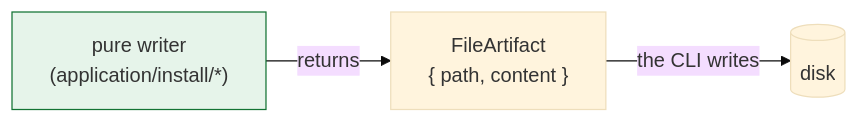
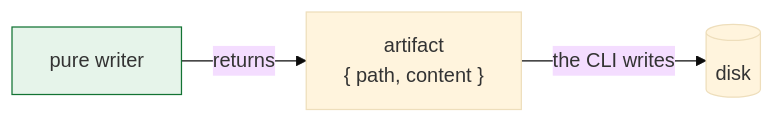
The fourth of 4 diagrams in docs/i18n/en/concepts/01-arquitectura.md (Kolimar/leina), drawn with Mermaid (base theme) before and after one commit. The commit also changed other lines of this file and 22 other files, not shown here.

````diff
--- a/docs/i18n/en/concepts/01-arquitectura.md
+++ b/docs/i18n/en/concepts/01-arquitectura.md
@@ -152,6 +150,6 @@
 ```mermaid
 flowchart LR
-    writer["pure writer<br/>(application/install/*)"] -->|returns| artifact["FileArtifact<br/>{ path, content }"]
+    writer["pure writer"] -->|returns| artifact["artifact<br/>{ path, content }"]
     artifact -->|the CLI writes| disk[("disk")]
     style writer fill:#e6f4ea,stroke:#137333
 ```
````
